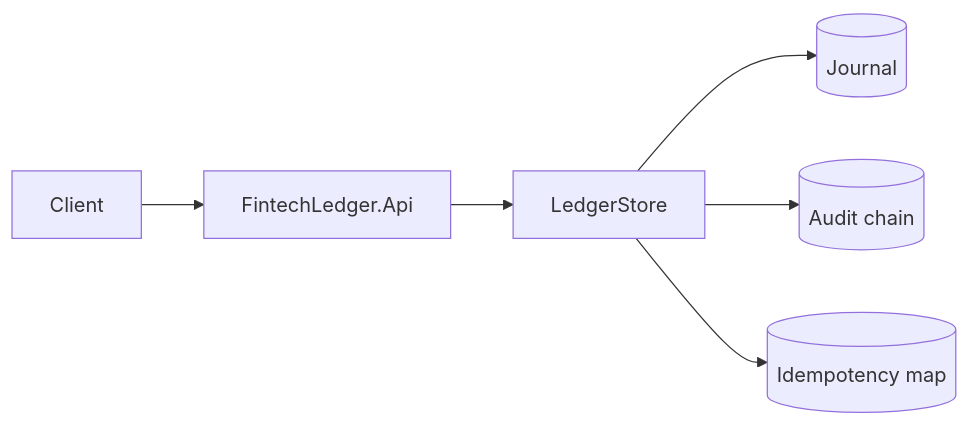
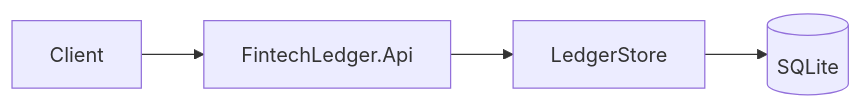
The diagram in README.md (Dedmoo/FintechLedgerApi), drawn with Mermaid before and after one commit. The commit also changed other lines of this file and 13 other files, not shown here.

````diff
--- a/README.md
+++ b/README.md
@@ -31,8 +44,6 @@
 ```mermaid
 flowchart LR
     Client --> API[FintechLedger.Api]
     API --> Store[LedgerStore]
-    Store --> J[(Journal)]
-    Store --> A[(Audit chain)]
-    Store --> I[(Idempotency map)]
+    Store --> DB[(SQLite)]
 ```
````
